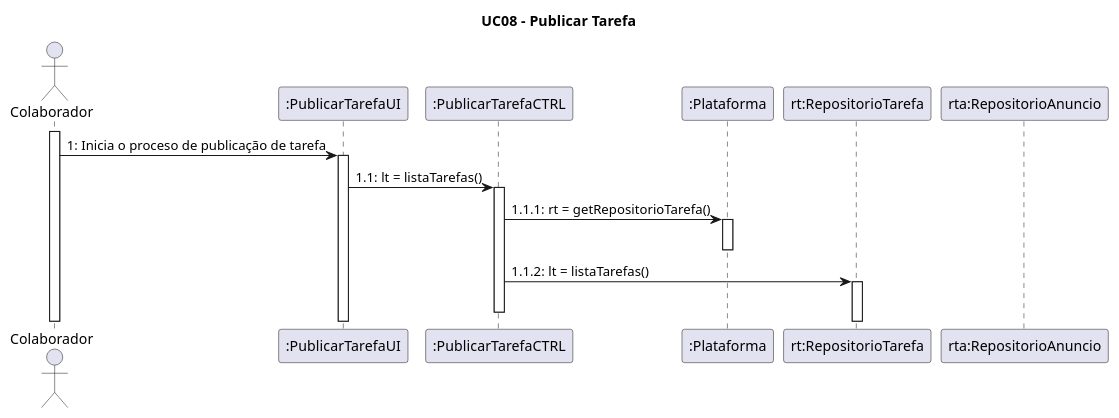
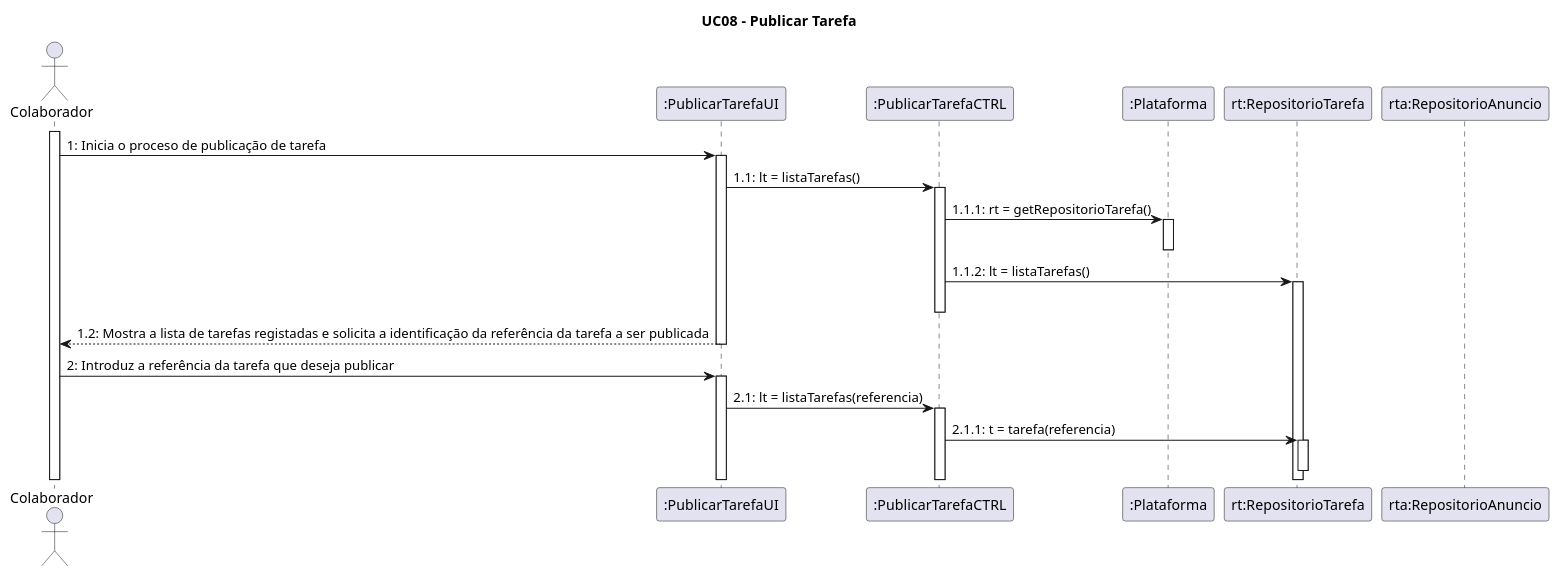
One commit to blestonbandeiraUPSKILL/upskill_java1_labprg_grupo2 changed the diagram in Documentação/Sprint 3/UC08_Publicar_Tarefa/UC08_Publicar_Tarefa_Diagrama_Sequencia.wsd. Above: the diagram before and after it, drawn with PlantUML. The commit also changed 2 other files, not shown here.

```diff
--- a/Documentação/Sprint 3/UC08_Publicar_Tarefa/UC08_Publicar_Tarefa_Diagrama_Sequencia.wsd
+++ b/Documentação/Sprint 3/UC08_Publicar_Tarefa/UC08_Publicar_Tarefa_Diagrama_Sequencia.wsd
@@ -1,127 +1,127 @@
 @startuml
 title UC08 - Publicar Tarefa
 
 actor Colaborador
 participant ":PublicarTarefaUI" as PublicarTarefaUI
 participant ":PublicarTarefaCTRL" as PublicarTarefaCTRL
 participant ":Plataforma" as Plataforma
 participant "rt:RepositorioTarefa" as RepositorioTarefa
 participant "rta:RepositorioAnuncio" as RepositorioAnuncio
 
 
 activate Colaborador
 Colaborador -> PublicarTarefaUI: 1: Inicia o proceso de publicação de tarefa
 activate PublicarTarefaUI
 
 PublicarTarefaUI -> PublicarTarefaCTRL: 1.1: lt = listaTarefas()
 activate PublicarTarefaCTRL
 
 PublicarTarefaCTRL -> Plataforma: 1.1.1: rt = getRepositorioTarefa()
 activate Plataforma
 deactivate Plataforma
 
 PublicarTarefaCTRL -> RepositorioTarefa: 1.1.2: lt = listaTarefas()
 activate RepositorioTarefa
 deactivate PublicarTarefaCTRL
 
-/'PublicarTarefaUI --> Colaborador: 1.2: Mostra a lista de tarefas
+PublicarTarefaUI --> Colaborador: 1.2: Mostra a lista de tarefas registadas e solicita a identificação da referência da tarefa a ser publicada
 deactivate PublicarTarefaUI
 
-Administrativo -> DefinirCategoriaTarefaUI: 2: Introduz a descrição e seleciona a área de atividade pretendida
-activate DefinirCategoriaTarefaUI
+Colaborador -> PublicarTarefaUI: 2: Introduz a referência da tarefa que deseja publicar
+activate PublicarTarefaUI
 
-DefinirCategoriaTarefaUI -> DefinirCategoriaTarefaCTRL: 2.1: lc = novaAreaAtividade(descricao, codAreaAtividade)
-activate DefinirCategoriaTarefaCTRL
+PublicarTarefaUI -> PublicarTarefaCTRL: 2.1: lt = listaTarefas(referencia)
+activate PublicarTarefaCTRL
 
-DefinirCategoriaTarefaCTRL -> RepositorioAreaAtividade : 2.1.1: at = areaAtividade(codAreaAtividade)
-activate RepositorioAreaAtividade
-deactivate RepositorioAreaAtividade
+PublicarTarefaCTRL -> RepositorioTarefa : 2.1.1: t = tarefa(referencia)
+activate RepositorioTarefa
+deactivate RepositorioTarefa
 
-DefinirCategoriaTarefaCTRL -> Plataforma : 2.1.2: rct = getRepositorioCompetenciaTecnica(codAreaAtividade)
+/'PublicarTarefaCTRL -> Plataforma : 2.1.2: rct = getRepositorioCompetenciaTecnica(codAreaAtividade)
 activate Plataforma
 deactivate Plataforma
 
 DefinirCategoriaTarefaUI --> Administrativo: 2.2: Mostra a lista de competências técnicas associadas à área de atividade especificada e solicita a escolha de uma delas
 deactivate DefinirCategoriaTarefaUI
 
 DefinirCategoriaTarefaCTRL -> RepositorioCompetenciaTecnica : 2.1.3: at = getListaCompetenciasTecnicas(at)
 activate RepositorioCompetenciaTecnica
 deactivate RepositorioCompetenciaTecnica
 
 DefinirCategoriaTarefaCTRL -> Plataforma : 2.1.4: rc = getRepositorioCategoria()
 activate Plataforma
 deactivate Plataforma
 
 DefinirCategoriaTarefaCTRL -> RepositorioCategoria : 2.1.5: c = novaCategoria(descricao, at)
 activate RepositorioCategoria
 deactivate DefinirCategoriaTarefaCTRL
 
 RepositorioCategoria -> RepositorioCategoria : 2.1.5.1: idCategoria = getIdCategoria()
 
 RepositorioCategoria --> Categoria : 2.1.5.2: create(idCategoria, descricao, at)
 deactivate RepositorioCategoria
 
 group sd loop
 
 Administrativo -> DefinirCategoriaTarefaUI : 3: Seleciona Competência Técnica
 activate DefinirCategoriaTarefaUI
 
 DefinirCategoriaTarefaUI -> DefinirCategoriaTarefaCTRL : 3.1: lg = listaGrausProficiencia(codCompetencia)
 activate DefinirCategoriaTarefaCTRL
 
 DefinirCategoriaTarefaCTRL -> RepositorioCompetenciaTecnica : 3.1.1: rc = competenciaTecnica(codCompetencia)
 activate RepositorioCompetenciaTecnica
 deactivate RepositorioCompetenciaTecnica
 
 DefinirCategoriaTarefaCTRL -> CompetenciaTecnica : 3.1.2: lg = listaGrausProficiencia(ct)
 activate CompetenciaTecnica
 deactivate CompetenciaTecnica
 deactivate DefinirCategoriaTarefaCTRL
 
 DefinirCategoriaTarefaUI --> Administrativo: 3.2: Mostra graus de proficiência relativos à competência técnica selecionada
 deactivate DefinirCategoriaTarefaUI
 
 Administrativo -> DefinirCategoriaTarefaUI: 4: Seleciona grau de proficiência mínimo e obrigatoriedade da competência técnica
 activate DefinirCategoriaTarefaUI
 
 DefinirCategoriaTarefaUI -> DefinirCategoriaTarefaCTRL: 4.1: setProficienciaObrigatoriedade(codGrau, obrigatoria)
 activate DefinirCategoriaTarefaCTRL
 
 DefinirCategoriaTarefaCTRL -> CompetenciaTecnica: 4.1.1: gp = grauProficiencia(codGrau)
 activate CompetenciaTecnica
 deactivate CompetenciaTecnica
 
 DefinirCategoriaTarefaUI --> Administrativo: 4.2: Apresenta dados e solicita confirmação
 deactivate DefinirCategoriaTarefaUI
 
 DefinirCategoriaTarefaCTRL -> Categoria: 4.1.2: novaCaracterizacao(ct, gp, obrigatoria)
 activate Categoria 
 deactivate DefinirCategoriaTarefaCTRL
 
 Categoria --> CaracterizacaoCT: 4.1.2.1: create(ct, gt, obrigatoria)
 
 Categoria -> Categoria: 4.1.2.2: addCaracterizacaoCT(cct)
 
 deactivate Categoria 
 
 end 
 
 Administrativo -> DefinirCategoriaTarefaUI: 5: Confirma
 activate DefinirCategoriaTarefaUI
 
 DefinirCategoriaTarefaUI -> DefinirCategoriaTarefaCTRL: 5.1: registaCategoria()
 activate DefinirCategoriaTarefaCTRL
 
 DefinirCategoriaTarefaCTRL -> RepositorioCategoria: 5.1.1: registaCategoria(c)
 activate RepositorioCategoria
 deactivate DefinirCategoriaTarefaCTRL
 
 DefinirCategoriaTarefaUI -> Administrativo: 5.2: Informa operação bem sucedida
 deactivate DefinirCategoriaTarefaUI
 
 RepositorioCategoria-> RepositorioCategoria: 5.1.1.1: valida(c)
 RepositorioCategoria-> RepositorioCategoria: 5.1.1.2: addCategoria(c)
 deactivate RepositorioCategoria
 
 deactivate Administrativo'/
 @enduml
```
